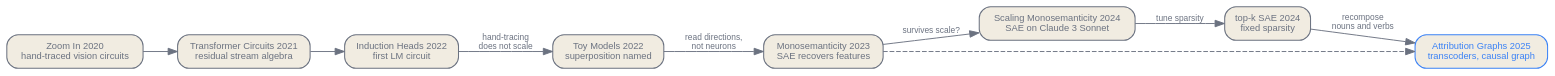
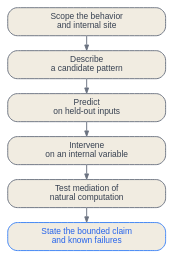
The diagram in en/safety/01-mechanistic-interpretability.qmd (latere-ai/ai-as-an-infrastructure), drawn with Graphviz before and after one commit. The commit also changed other lines of this file and 4 other files, not shown here.

Commit message:
docs: rewrite mechanistic interpretability

````diff
--- a/en/safety/01-mechanistic-interpretability.qmd
+++ b/en/safety/01-mechanistic-interpretability.qmd
@@ -260,27 +42,20 @@
 ```{dot}
-//| label: fig-interpretability-lineage
-//| fig-cap: "Lineage of mechanistic interpretability, from hand-traced circuits through learned features to causal attribution graphs. Each arrow marks the limit that forced the next step."
-digraph lineage {
-  rankdir=LR;
+//| label: fig-interpretability-evidence
+//| fig-cap: "An evidence ladder for a scoped mechanistic claim. Each level requires a new validation, so a readable label alone cannot establish a mechanism."
+digraph evidence {
+  rankdir=TB;
   bgcolor="transparent";
-  node [shape=box, style="rounded,filled", fontname="Helvetica", fontsize=10, color="#6b7280", fontcolor="#6b7280", fillcolor="#f1ece1", penwidth=1.1];
-  edge [fontname="Helvetica", fontsize=9, color="#6b7280", fontcolor="#6b7280"];
+  graph [nodesep=0.16, ranksep=0.22, pad=0.04];
+  node [shape=box, style="rounded,filled", width=2.35, height=0.42, fixedsize=true, fontname="Helvetica", fontsize=9, color="#6b7280", fontcolor="#374151", fillcolor="#f1ece1", penwidth=1.0];
+  edge [color="#6b7280", arrowsize=0.58, penwidth=1.0];
 
-  zoomin [label="Zoom In 2020\nhand-traced vision circuits"];
-  framework [label="Transformer Circuits 2021\nresidual stream algebra"];
-  induction [label="Induction Heads 2022\nfirst LM circuit"];
-  toymodels [label="Toy Models 2022\nsuperposition named"];
-  sae [label="Monosemanticity 2023\nSAE recovers features"];
-  scaling [label="Scaling Monosemanticity 2024\nSAE on Claude 3 Sonnet"];
-  topk [label="top-k SAE 2024\nfixed sparsity"];
-  attrib [label="Attribution Graphs 2025\ntranscoders, causal graph", color="#3b82f6", fontcolor="#3b82f6"];
+  scope [label="Scope the behavior\nand internal site"];
+  describe [label="Describe\na candidate pattern"];
+  predict [label="Predict\non held-out inputs"];
+  intervene [label="Intervene\non an internal variable"];
+  mediate [label="Test mediation of\nnatural computation"];
+  claim [label="State the bounded claim\nand known failures", color="#3b82f6", fontcolor="#2563eb"];
 
-  zoomin -> framework -> induction;
-  induction -> toymodels [label="hand-tracing\ndoes not scale"];
-  toymodels -> sae [label="read directions,\nnot neurons"];
-  sae -> scaling [label="survives scale?"];
-  scaling -> topk [label="tune sparsity"];
-  topk -> attrib [label="recompose\nnouns and verbs"];
-  sae -> attrib [style=dashed];
+  scope -> describe -> predict -> intervene -> mediate -> claim;
 }
 ```
````
